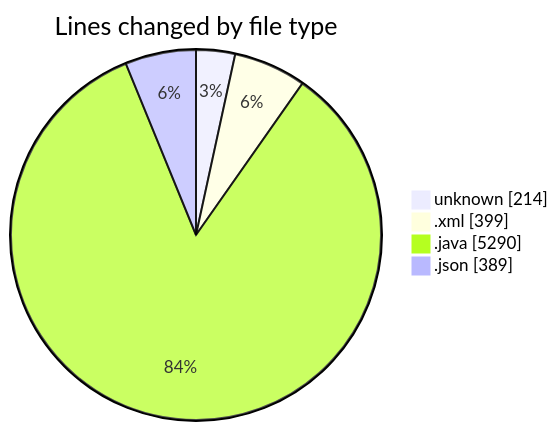
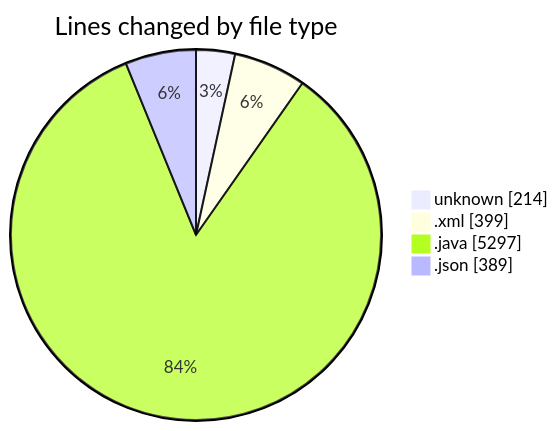
One commit to charlie-sans/code-tracking changed the first of 2 diagrams in 2025-02-24/micros/README.md. Above: the diagram before and after it, drawn with Mermaid. The commit also changed other lines of this file and 1 other file, not shown here.

````diff
--- a/2025-02-24/micros/README.md
+++ b/2025-02-24/micros/README.md
@@ -37,8 +37,8 @@
 ```mermaid
 pie showData
 title Lines changed by file type
 "unknown" : 214
 ".xml" : 399
-".java" : 5290
+".java" : 5297
 ".json" : 389
 ```
````
